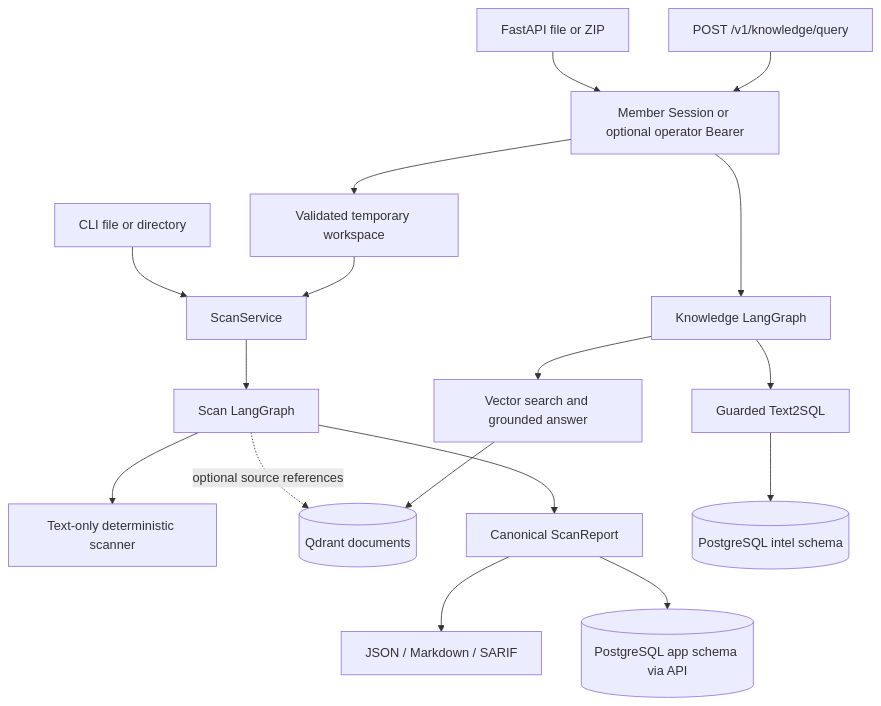
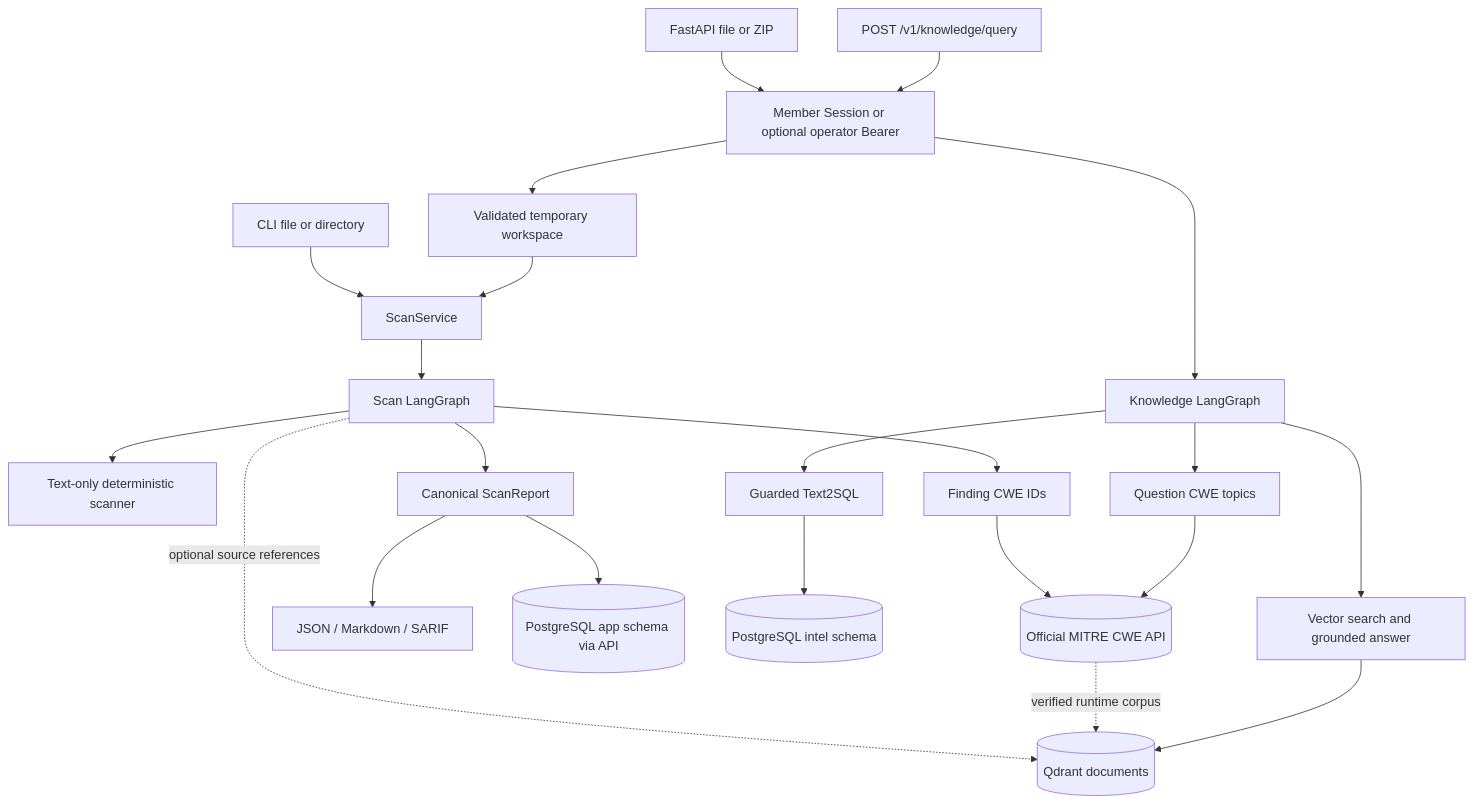
The diagram in docs/architecture.md (taehyeon-git/SecRAGraph), drawn with Mermaid before and after one commit. The commit also changed other lines of this file and 26 other files, not shown here.

Commit message:
Fetch official CWE evidence for live scans and RAG questions

````diff
--- a/docs/architecture.md
+++ b/docs/architecture.md
@@ -7,19 +7,24 @@
 ```mermaid
 flowchart TB
   FILE[CLI file or directory] --> SCAN[ScanService]
   UPLOAD[FastAPI file or ZIP] --> AUTH[Member Session or optional operator Bearer]
   AUTH --> TEMP[Validated temporary workspace]
   TEMP --> SCAN
   SCAN --> SGRAPH[Scan LangGraph]
   SGRAPH --> DET[Text-only deterministic scanner]
+  SGRAPH --> CWE[Finding CWE IDs]
+  CWE --> MITRE[(Official MITRE CWE API)]
   SGRAPH -. optional source references .-> QDRANT[(Qdrant documents)]
   SGRAPH --> CANON[Canonical ScanReport]
   CANON --> FORMATS[JSON / Markdown / SARIF]
   CANON --> APPDB[(PostgreSQL app schema via API)]
   QUESTION[POST /v1/knowledge/query] --> AUTH
   AUTH --> KGRAPH[Knowledge LangGraph]
   KGRAPH --> SQL[Guarded Text2SQL]
   SQL --> INTEL[(PostgreSQL intel schema)]
   KGRAPH --> VEC[Vector search and grounded answer]
+  KGRAPH --> TOPICS[Question CWE topics]
+  TOPICS --> MITRE
+  MITRE -. verified runtime corpus .-> QDRANT
   VEC --> QDRANT
 ```
````
